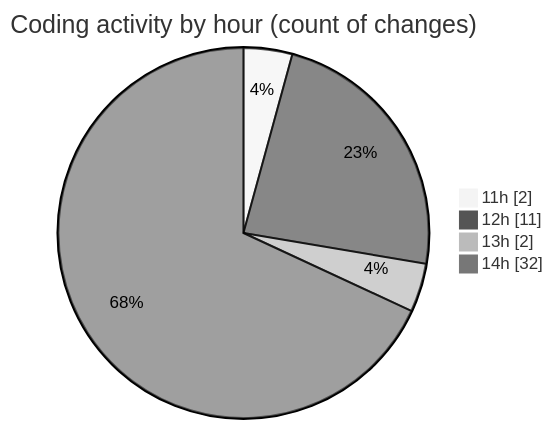
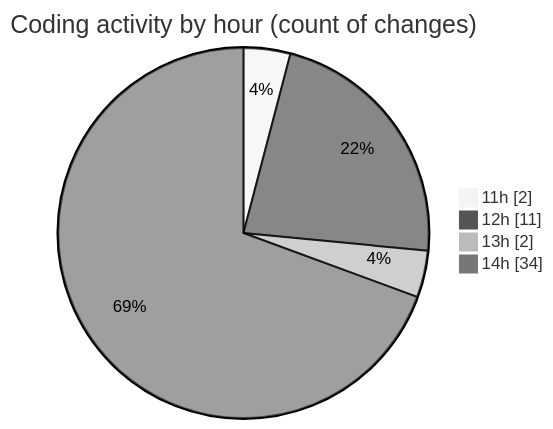
Before and after one commit to nxtqubesakshisongat/code-tracking: the second of 2 diagrams in 2025-09-10/cashcalc/README.md, drawn with Mermaid (neutral theme). The commit also changed other lines of this file and 1 other file, not shown here.

````diff
--- a/2025-09-10/cashcalc/README.md
+++ b/2025-09-10/cashcalc/README.md
@@ -44,8 +44,8 @@
 ```mermaid
 pie showData
 title Coding activity by hour (count of changes)
 "11h" : 2
 "12h" : 11
 "13h" : 2
-"14h" : 32
+"14h" : 34
 ```
````
